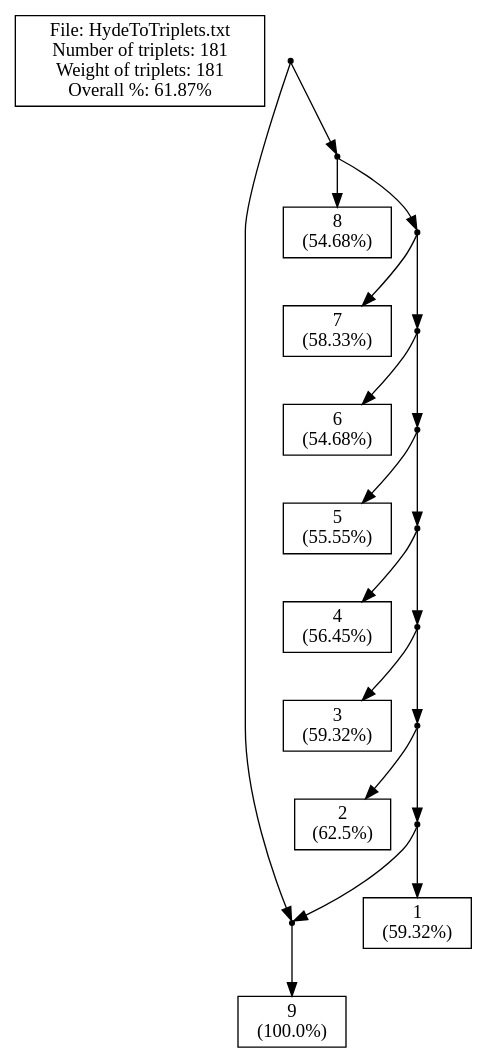
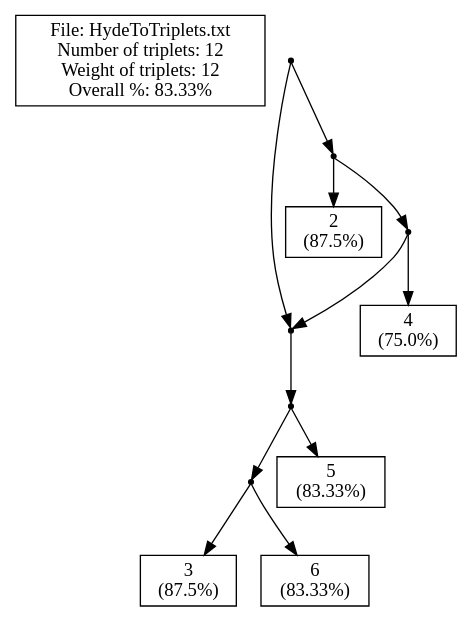
Before and after one commit to solislemuslab/phylo-knit: the diagram in New/Server/cExample1_m.dot, drawn with Graphviz. The commit also changed 17 other files, not shown here.

```diff
--- a/New/Server/cExample1_m.dot
+++ b/New/Server/cExample1_m.dot
@@ -1,66 +1,54 @@
 // LEV1ATHAN Version 1.0, 21 september 2009
 // COMMENT: Pre-processing the input file to count the leaves
-// COMMENT: Pre-processing showed that there are 9 leaves in the input.
-// SUMMARY: Input had 9 leaves.
+// COMMENT: Pre-processing showed that there are 5 leaves in the input.
+// SUMMARY: Input had 5 leaves.
 // USER-SETTING: Will *not* post-process output to collapse edges.
 // COMMENT: Triplet set is already dense.
-// SUMMARY: There are 181 triplets in the input.
-// SUMMARY: Total weight of input triplets is 181.
+// SUMMARY: There are 12 triplets in the input.
+// SUMMARY: Total weight of input triplets is 12.
 // SUMMARY: (Before post-processing)
-// SUMMARY: We got 112 units of triplet weight, that's 61.87% of total weight.
-// SUMMARY: In total 69 units of triplet weight were -not- consistent with the ouput network.
-// SUMMARY: Output network contained 0 triplets -not- in the original input.
-// SUMMARY: The symmetric difference is thus 69 + (1 * 0) = 69
+// SUMMARY: We got 10 units of triplet weight, that's 83.33% of total weight.
+// SUMMARY: In total 2 units of triplet weight were -not- consistent with the ouput network.
+// SUMMARY: Output network contained 3 triplets -not- in the original input.
+// SUMMARY: The symmetric difference is thus 2 + (1 * 3) = 5
 // SUMMARY: (After post-processing)
 strict digraph G1 {
 edge [fontsize=8]
-labelbox [shape=box, width=0.4, label="File: HydeToTriplets.txt\nNumber of triplets: 181\nWeight of triplets: 181\nOverall %: 61.87%"];
+labelbox [shape=box, width=0.4, label="File: HydeToTriplets.txt\nNumber of triplets: 12\nWeight of triplets: 12\nOverall %: 83.33%"];
 internal1000 [shape=point];
 internal1001 [shape=point];
-9 [shape=box, width=0.3, label="9\n(100.0%)"];
+internal1002 [shape=point];
 internal1003 [shape=point];
-8 [shape=box, width=0.3, label="8\n(54.68%)"];
-internal1005 [shape=point];
-7 [shape=box, width=0.3, label="7\n(58.33%)"];
+3 [shape=box, width=0.3, label="3\n(87.5%)"];
+6 [shape=box, width=0.3, label="6\n(83.33%)"];
+5 [shape=box, width=0.3, label="5\n(83.33%)"];
 internal1007 [shape=point];
-6 [shape=box, width=0.3, label="6\n(54.68%)"];
+2 [shape=box, width=0.3, label="2\n(87.5%)"];
 internal1009 [shape=point];
-5 [shape=box, width=0.3, label="5\n(55.55%)"];
-internal1011 [shape=point];
-4 [shape=box, width=0.3, label="4\n(56.45%)"];
-internal1013 [shape=point];
-3 [shape=box, width=0.3, label="3\n(59.32%)"];
-internal1015 [shape=point];
-2 [shape=box, width=0.3, label="2\n(62.5%)"];
-internal1017 [shape=point];
-1 [shape=box, width=0.3, label="1\n(59.32%)"];
+4 [shape=box, width=0.3, label="4\n(75.0%)"];
 internal1000 -> internal1001
-internal1000 -> internal1003
-internal1001 -> 9
-internal1003 -> 8
-internal1003 -> internal1005
-internal1005 -> 7
-internal1005 -> internal1007
-internal1007 -> 6
+internal1000 -> internal1007
+internal1001 -> internal1002
+internal1002 -> internal1003
+internal1002 -> 5
+internal1003 -> 3
+internal1003 -> 6
+internal1007 -> 2
 internal1007 -> internal1009
-internal1009 -> 5
-internal1009 -> internal1011
-internal1011 -> 4
-internal1011 -> internal1013
-internal1013 -> 3
-internal1013 -> internal1015
-internal1015 -> 2
-internal1015 -> internal1017
-internal1017 -> 1
-internal1017 -> internal1001
-internal1001 -> 9
+internal1009 -> 4
+internal1009 -> internal1001
+internal1001 -> internal1002
+internal1002 -> internal1003
+internal1002 -> 5
+internal1003 -> 3
+internal1003 -> 6
 }
-// SUMMARY: eNewick output: ((9)#H1,(8,(7,(6,(5,(4,(3,(2,(1,#H1)))))))));
-// SUMMARY: In total 69 units of triplet weight were -not- consistent with the ouput network.
-// SUMMARY: Output network contained 0 triplets -not- in the original input.
+// SUMMARY: eNewick output: ((((3,6),5))#H1,(2,(4,#H1)));
+// SUMMARY: In total 2 units of triplet weight were -not- consistent with the ouput network.
+// SUMMARY: Output network contained 3 triplets -not- in the original input.
 // SUMMARY: Weight of missing triplets before contraction minus weight of missing triplets afterwards: 0
 // SUMMARY: Number of surplus triplets before contraction minus number of surplus triplets afterwards: 0
-// CONCLUSION: After post-processing we got 112 units of triplet weight, that's 61.87% of total weight (before post-processing this was 61.87%).
-// CONCLUSION: After post-processing the symmetric difference is thus 69 + (1 * 0) = 69 (before post-processing this was 69)
-// STAT: PERCENTAGE = 61.87
-// STAT: NETWORK-TRIPLET SD = 69
+// CONCLUSION: After post-processing we got 10 units of triplet weight, that's 83.33% of total weight (before post-processing this was 83.33%).
+// CONCLUSION: After post-processing the symmetric difference is thus 2 + (1 * 3) = 5 (before post-processing this was 5)
+// STAT: PERCENTAGE = 83.33
+// STAT: NETWORK-TRIPLET SD = 5
```
